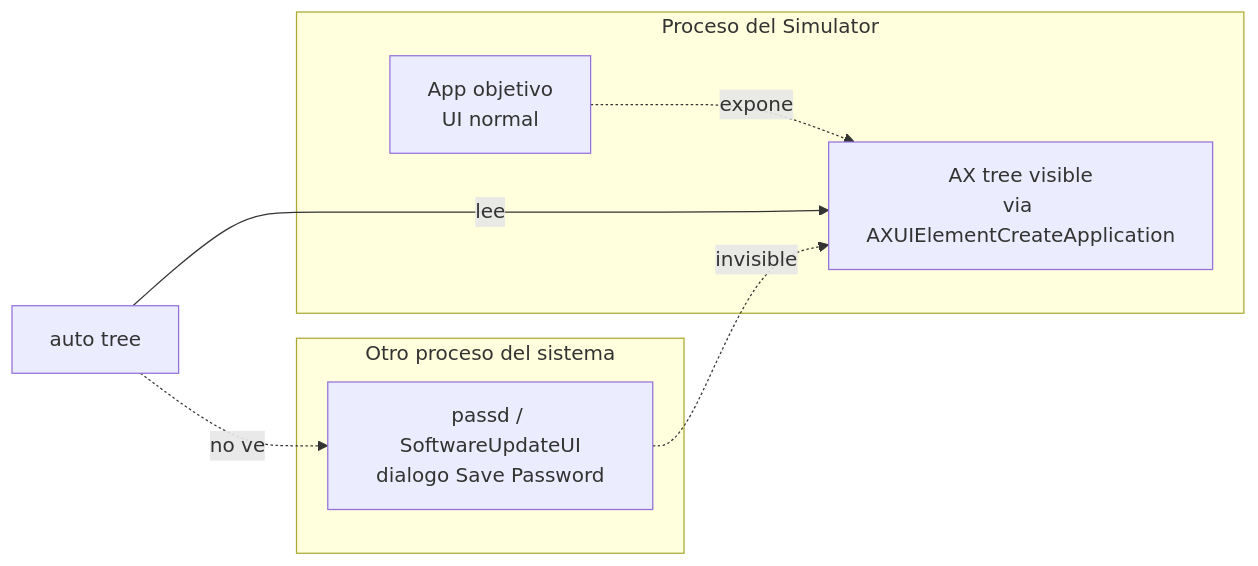
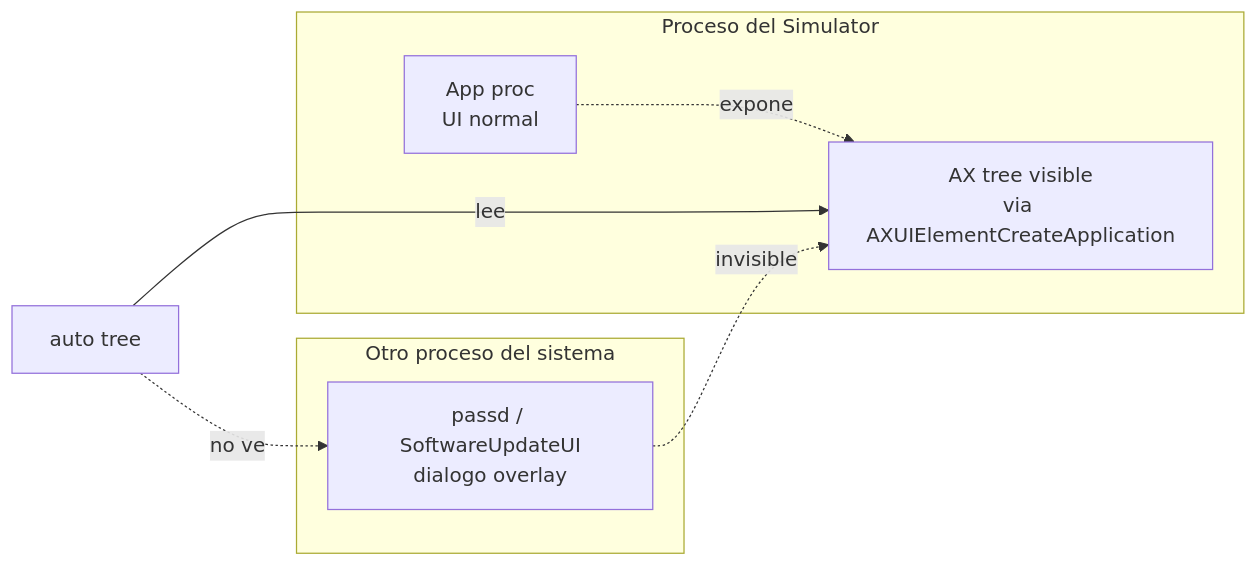
Before and after one commit to fsaldivar-dev/AutoPilot: the diagram in docs/libro/14-validacion-en-una-app-real.md, drawn with Mermaid. The commit also changed other lines of this file, not shown here.

````diff
--- a/docs/libro/14-validacion-en-una-app-real.md
+++ b/docs/libro/14-validacion-en-una-app-real.md
@@ -100,15 +64,15 @@
 ```mermaid
 flowchart LR
     subgraph "Proceso del Simulator"
-        SimApp[App objetivo<br/>UI normal]
+        SimApp[App proc<br/>UI normal]
         SimAX[AX tree visible<br/>via AXUIElementCreateApplication]
     end
     subgraph "Otro proceso del sistema"
-        Passd[passd / SoftwareUpdateUI<br/>dialogo Save Password]
+        Passd[passd / SoftwareUpdateUI<br/>dialogo overlay]
     end
     SimApp -.expone.-> SimAX
     Passd -.invisible.-> SimAX
 
     auto[auto tree] -->|lee| SimAX
     auto -.no ve.-> Passd
 ```
````
